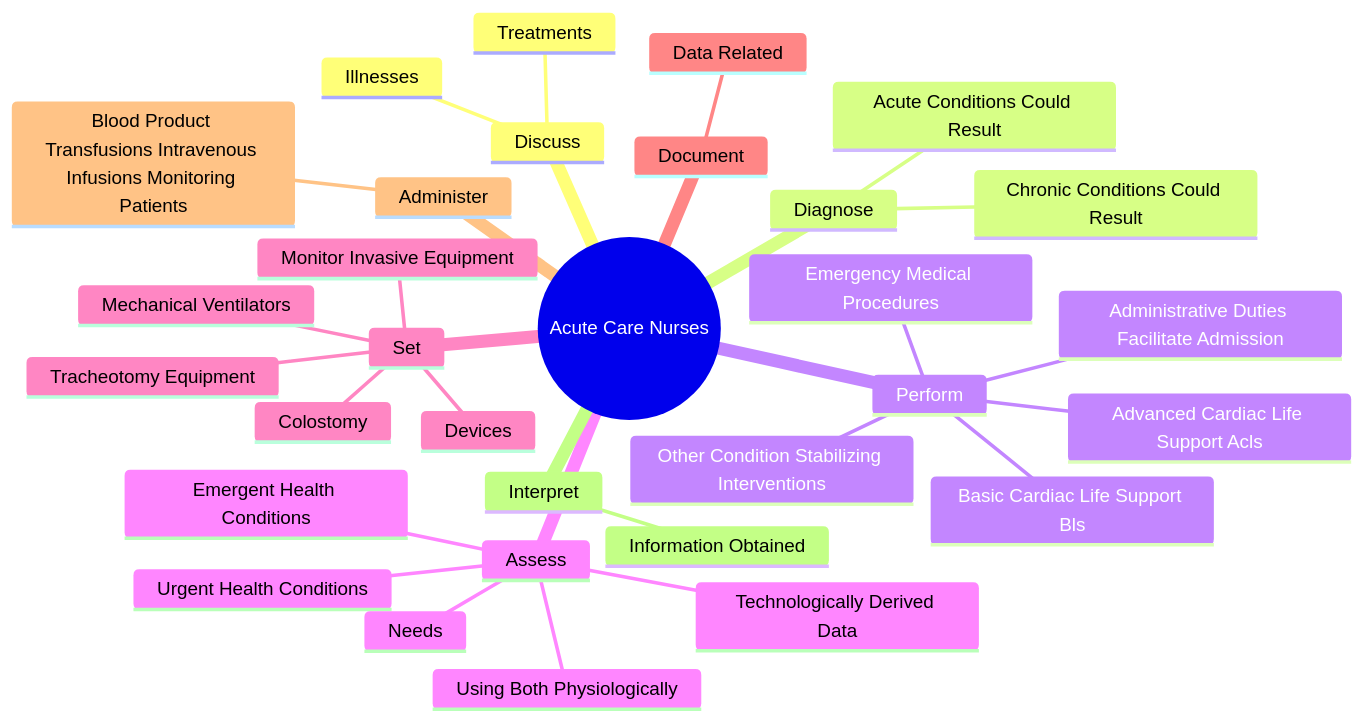
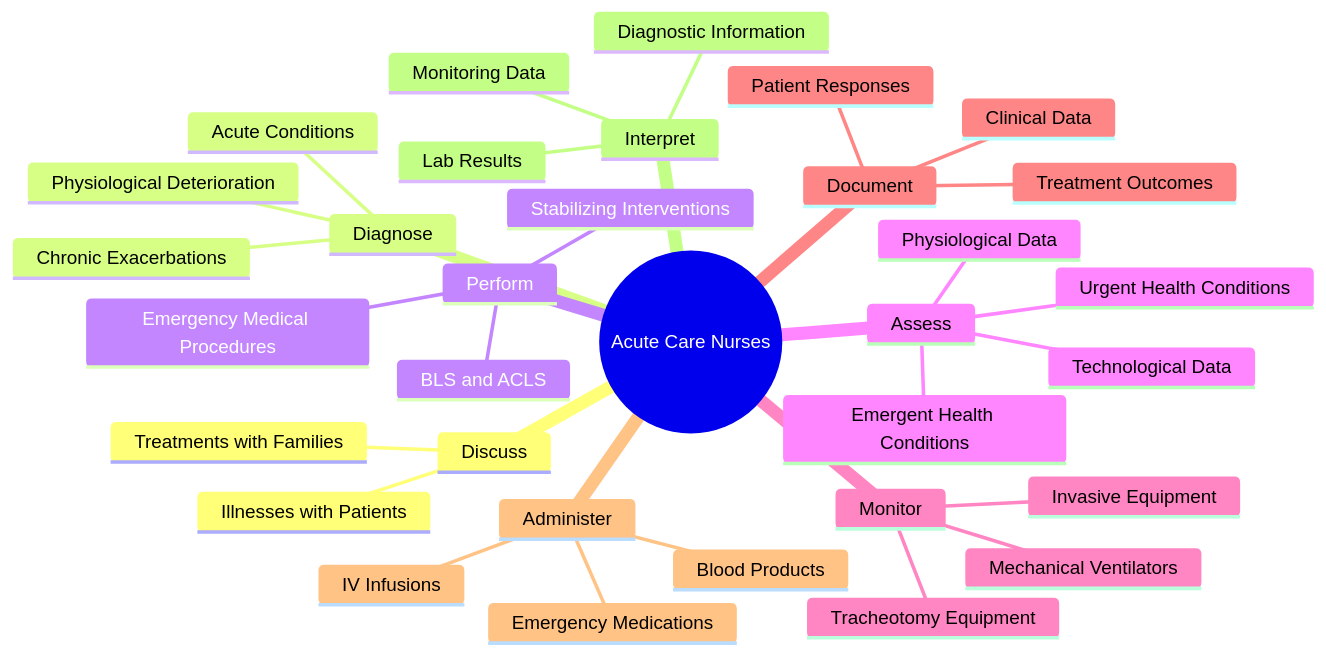
The second of 4 diagrams in occupations/HealthcarePractitioners/AcuteCareNurses.mdx (kziemski/business.org.ai), drawn with Mermaid before and after one commit. The commit also changed other lines of this file and 938 other files, not shown here.

````diff
--- a/occupations/HealthcarePractitioners/AcuteCareNurses.mdx
+++ b/occupations/HealthcarePractitioners/AcuteCareNurses.mdx
@@ -38,34 +49,36 @@
 ```mermaid
 mindmap
     root(("Acute Care Nurses"))
         Discuss
-            Illnesses
-            Treatments
+            Illnesses with Patients
+            Treatments with Families
         Diagnose
-            Acute Conditions Could Result
-            Chronic Conditions Could Result
+            Acute Conditions
+            Chronic Exacerbations
+            Physiological Deterioration
         Perform
             Emergency Medical Procedures
-            Basic Cardiac Life Support Bls
-            Advanced Cardiac Life Support Acls
-            Other Condition Stabilizing Interventions
-            Administrative Duties Facilitate Admission
+            BLS and ACLS
+            Stabilizing Interventions
         Assess
             Urgent Health Conditions
             Emergent Health Conditions
-            Using Both Physiologically
-            Technologically Derived Data
-            Needs
-        Set
-            Monitor Invasive Equipment
-            Devices
-            Colostomy
+            Physiological Data
+            Technological Data
+        Monitor
+            Invasive Equipment
+            Mechanical Ventilators
             Tracheotomy Equipment
-            Mechanical Ventilators
         Document
-            Data Related
+            Clinical Data
+            Patient Responses
+            Treatment Outcomes
         Administer
-            Blood Product Transfusions Intravenous Infusions Monitoring Patients
+            Blood Products
+            IV Infusions
+            Emergency Medications
         Interpret
-            Information Obtained
+            Diagnostic Information
+            Lab Results
+            Monitoring Data
 ```
````
